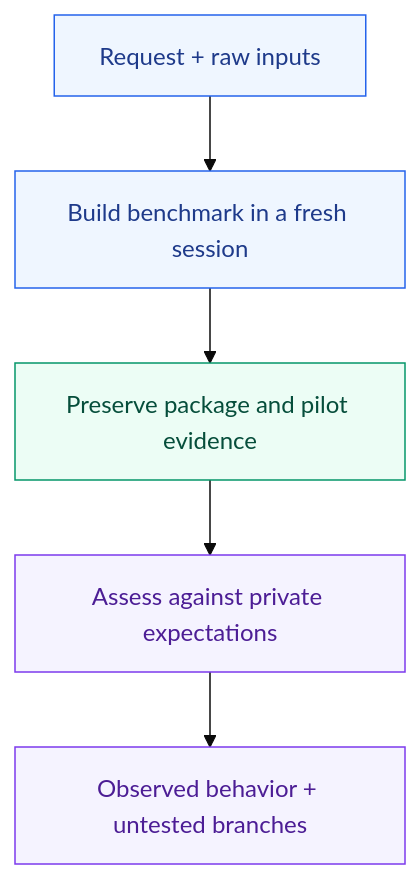
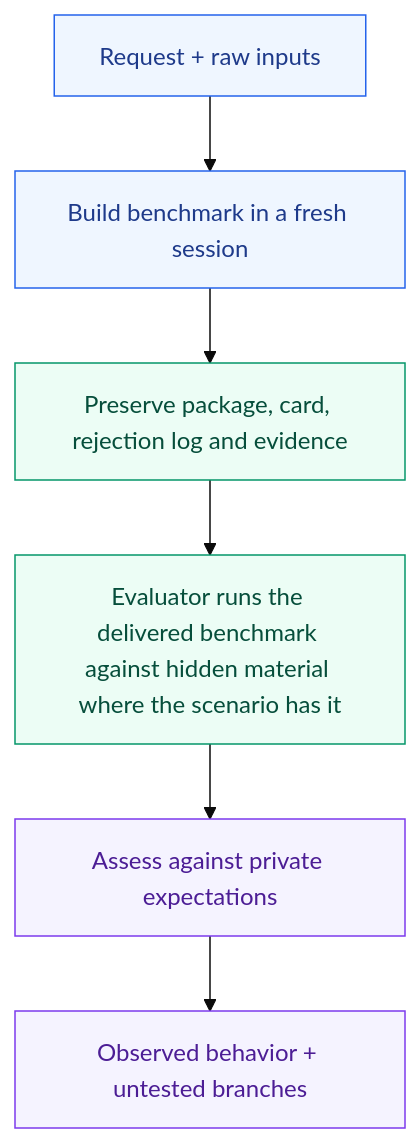
The diagram in example-workflows/benchmaker/trials/README.md (DanMcInerney/orchflows), drawn with Mermaid (base theme) before and after one commit. The commit also changed other lines of this file and 43 other files, not shown here.

````diff
--- a/example-workflows/benchmaker/trials/README.md
+++ b/example-workflows/benchmaker/trials/README.md
@@ -17,13 +20,14 @@
 ```mermaid
 flowchart TB
     I[Request + raw inputs] --> B[Build benchmark in a fresh session]
-    B --> P[Preserve package and pilot evidence]
-    P --> E[Assess against private expectations]
+    B --> P[Preserve package, card, rejection log and evidence]
+    P --> V[Evaluator runs the delivered benchmark against hidden material where the scenario has it]
+    V --> E[Assess against private expectations]
     E --> R[Observed behavior + untested branches]
     classDef make fill:#eff6ff,stroke:#2563eb,color:#1e3a8a;
     classDef evidence fill:#ecfdf5,stroke:#059669,color:#064e3b;
     classDef review fill:#f5f3ff,stroke:#7c3aed,color:#4c1d95;
     class I,B make;
-    class P evidence;
+    class P,V evidence;
     class E,R review;
 ```
````
